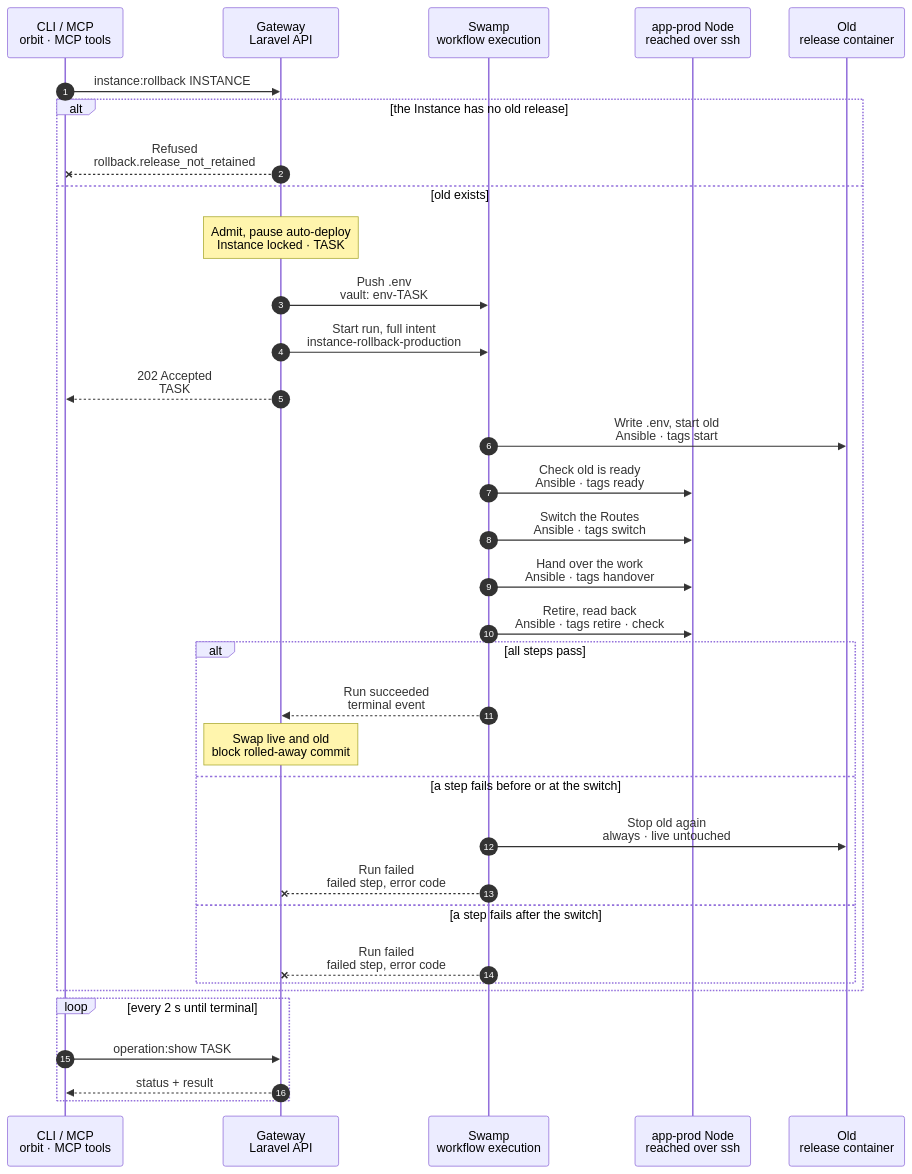
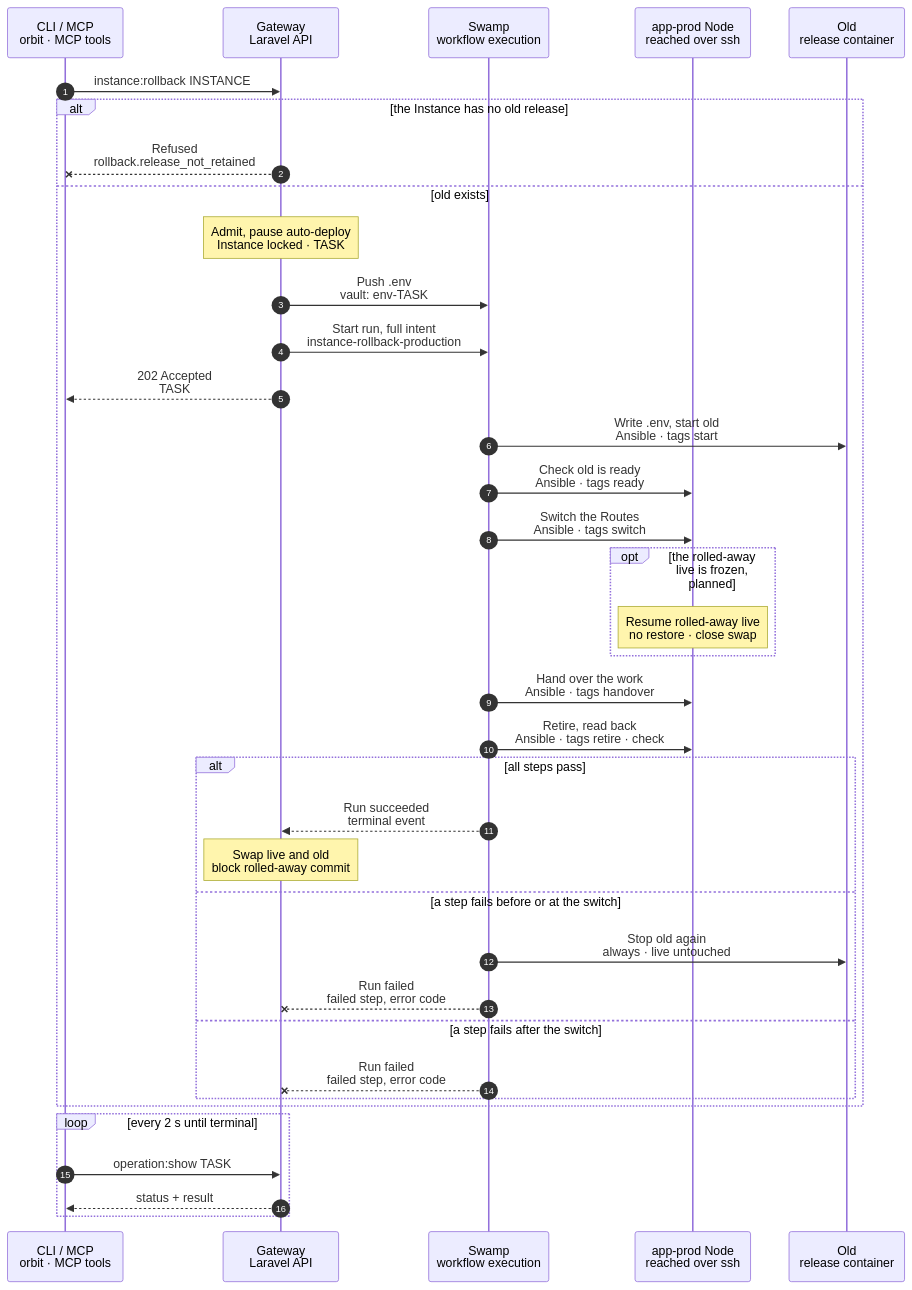
One commit to hardimpactdev/orbit changed the diagram in docs/cli/instance/container/rollback-production.mmd. Above: the diagram before and after it, drawn with Mermaid. The commit also changed 1 other file, not shown here.

Commit message:
docs(charts): production deploy and rollback remove the asleep marker and resume a frozen previous live

```diff
--- a/docs/cli/instance/container/rollback-production.mmd
+++ b/docs/cli/instance/container/rollback-production.mmd
@@ -1,84 +1,92 @@
 sequenceDiagram
-  %% Target design, production containers (ADR 0263, docs/reference/production-containers.md#rollback): the rollback of a production Instance returns to old, the stopped release before live. It starts old, checks it as ready, switches the Routes and hands over the work; the rolled-away live becomes old, so a second rollback goes forward again. It selects code only. When the charts move into place, this replaces the release branch of the rollback chart.
+  %% Target design, production containers (ADR 0263, docs/reference/production-containers.md#rollback): the rollback of a production Instance returns to old, the stopped release before live. It starts old, checks it as ready, switches the Routes and hands over the work; the rolled-away live becomes old, so a second rollback goes forward again. It selects code only. The switch removes the asleep marker of a sleeping live, and the handover resumes a frozen rolled-away live before it stops it (planned, ADR 0265). When the charts move into place, this replaces the release branch of the rollback chart.
   %% status: draft
   %% command: instance:rollback
   %% kind: instance.rollback
   autonumber
   %% lane CLI icon=terminal pill=caller tone=gray
   %% lane GW icon=gateway pill=intent tone=blue
   %% lane SW icon=workflow pill=executes tone=green
   %% lane N icon=server pill=target tone=amber
   %% lane C icon=server pill=target tone=purple
   participant CLI as CLI / MCP<br/>orbit · MCP tools
   participant GW as Gateway<br/>Laravel API
   participant SW as Swamp<br/>workflow execution
   participant N as app-prod Node<br/>reached over ssh
   participant C as Old<br/>release container
   CLI->>GW: instance:rollback INSTANCE
   %%> Command:
   %%> - `orbit instance:rollback INSTANCE`
   %%> - syntax: `<instance> [--idempotency-key=KEY] [--json]`
   %%> Input:
   %%> - only the Instance: old is the one release a rollback can select
   alt the Instance has no old release
     GW--xCLI: Refused<br/>rollback.release_not_retained
     %%> Result:
     %%> - nothing changes; to go back further, deploy the earlier commit with `instance:deploy --commit`
   else old exists
     Note over GW: Admit, pause auto-deploy<br/>Instance locked · TASK
     %%> Requirements:
     %%> - no started operation holds the Instance, else `operation.target_busy`
     %%> Freezes:
     %%> - live and old, the Process and Schedule definitions, the health path and the domain of each Route
     %%> Result:
     %%> - a running rollback row; automatic deploys pause and their trigger is removed
     GW->>SW: Push .env<br/>vault: env-TASK
     %%> Why:
     %%> - old gets the Instance's current `.env`, so a changed secret reaches it; secrets travel only through the vault
     GW->>SW: Start run, full intent<br/>instance-rollback-production
     %%> Not included:
     %%> - no GitHub token: a rollback fetches nothing
     GW-->>CLI: 202 Accepted<br/>TASK
     SW->>C: Write .env, start old<br/>Ansible · tags start
     %%> What it does:
     %%> - writes `.env` into old and starts it; its units and timers are disabled, so only FrankenPHP runs
     %%> Why no capacity check:
     %%> - no deploy runs beside a rollback, so old runs in the place that hot takes during a deploy
     SW->>N: Check old is ready<br/>Ansible · tags ready
     %%> What it does:
     %%> - the readiness of a deploy, without the snapshot condition: old already has its snapshot
     SW->>N: Switch the Routes<br/>Ansible · tags switch
     %%> What it does:
     %%> - the same switch as a deploy: one Caddy reload; requests in progress on live finish there
+    %%> - planned: in the same step, removes the asleep marker; a failed switch puts it back with the previous files
+    opt the rolled-away live is frozen, planned
+      Note over N: Resume rolled-away live<br/>no restore · close swap
+      %%> Why:
+      %%> - a sleeping live slept on (ADR 0265); the handover must stop its units, and a clean stop of a frozen container times out (development-containers.md#sleep-and-wake)
+      %%> What it does:
+      %%> - `incus resume` with no prepared restore, then `memory.swap.max` back to 0; no request reaches it, because the switch already moved the Routes
+    end
     SW->>N: Hand over the work<br/>Ansible · tags handover
     %%> What it does:
     %%> - moves timers, then Processes, from live to old with the bounded graceful stop, and moves `boot.autostart`
     %%> Requirement:
     %%> - queued job payloads stay readable across one release, so old's workers can run jobs that live queued
     SW->>N: Retire, read back<br/>Ansible · tags retire · check
     %%> What it does:
     %%> - waits for native Schedule fires in the rolled-away live, then stops it; it becomes old; no container is removed
     %%> - reads back the live link, the upstream file, the commit and the Process states
     alt all steps pass
       SW-->>GW: Run succeeded<br/>terminal event
       Note over GW: Swap live and old<br/>block rolled-away commit
       %%> Result:
       %%> - the rollback row records old's release and commit
       %%> - the rolled-away commit is blocked; automatic deploys stay paused until `instance:auto-deploy:enable`
       %%> Not included:
       %%> - no deploy step and no data change; a migration is never undone
     else a step fails before or at the switch
       SW->>C: Stop old again<br/>always · live untouched
       %%> What it does:
       %%> - live keeps serving with its work; old stays the stopped release
       SW--xGW: Run failed<br/>failed step, error code
     else a step fails after the switch
       SW--xGW: Run failed<br/>failed step, error code
       %%> Result:
       %%> - old serves as live; the Gateway records the release states that the run reached
     end
   end
   loop every 2 s until terminal
     CLI->>GW: operation:show TASK
     GW-->>CLI: status + result
   end
```
